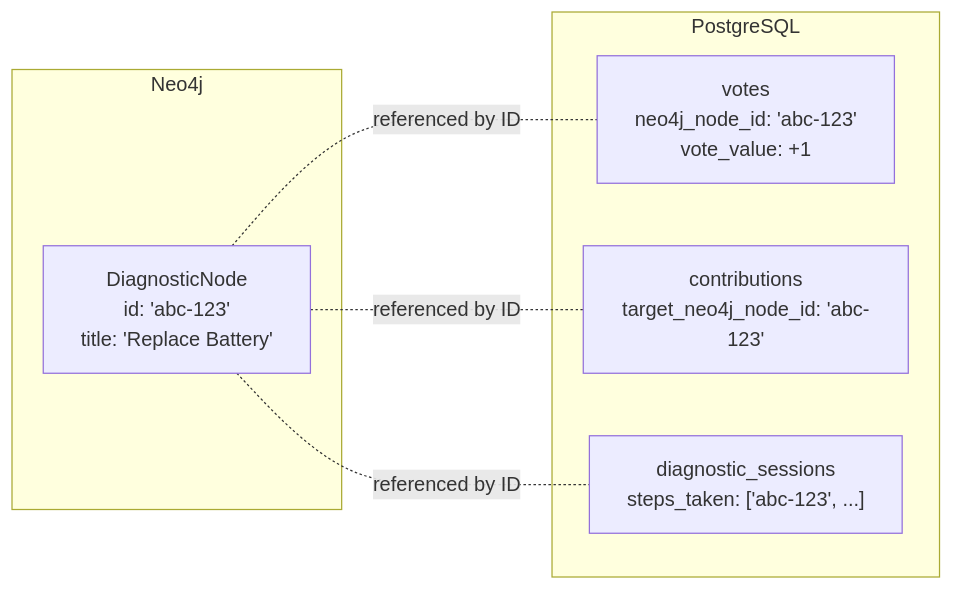
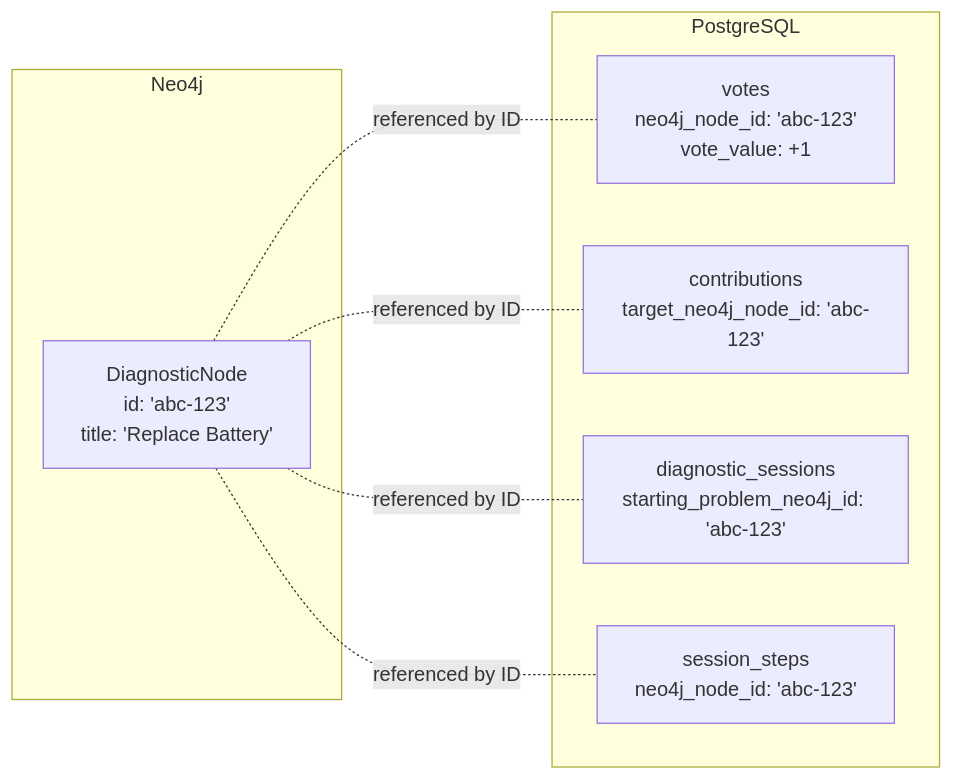
The sixth of 15 diagrams in .cursor/plans/diagnostic_knowledge_system_c18065b2.plan.md (vjeeva/connected-diagnostics), drawn with Mermaid before and after one commit. The commit also changed other lines of this file, not shown here.

````diff
--- a/.cursor/plans/diagnostic_knowledge_system_c18065b2.plan.md
+++ b/.cursor/plans/diagnostic_knowledge_system_c18065b2.plan.md
@@ -411,16 +511,18 @@
 ```mermaid
 flowchart LR
     subgraph neo [Neo4j]
         Node["DiagnosticNode<br/>id: 'abc-123'<br/>title: 'Replace Battery'"]
     end
 
     subgraph pg [PostgreSQL]
         Vote["votes<br/>neo4j_node_id: 'abc-123'<br/>vote_value: +1"]
         Contrib["contributions<br/>target_neo4j_node_id: 'abc-123'"]
-        Session["diagnostic_sessions<br/>steps_taken: ['abc-123', ...]"]
+        Session["diagnostic_sessions<br/>starting_problem_neo4j_id: 'abc-123'"]
+        SessionStep["session_steps<br/>neo4j_node_id: 'abc-123'"]
     end
 
     Node -.-|"referenced by ID"| Vote
     Node -.-|"referenced by ID"| Contrib
     Node -.-|"referenced by ID"| Session
+    Node -.-|"referenced by ID"| SessionStep
 ```
````
